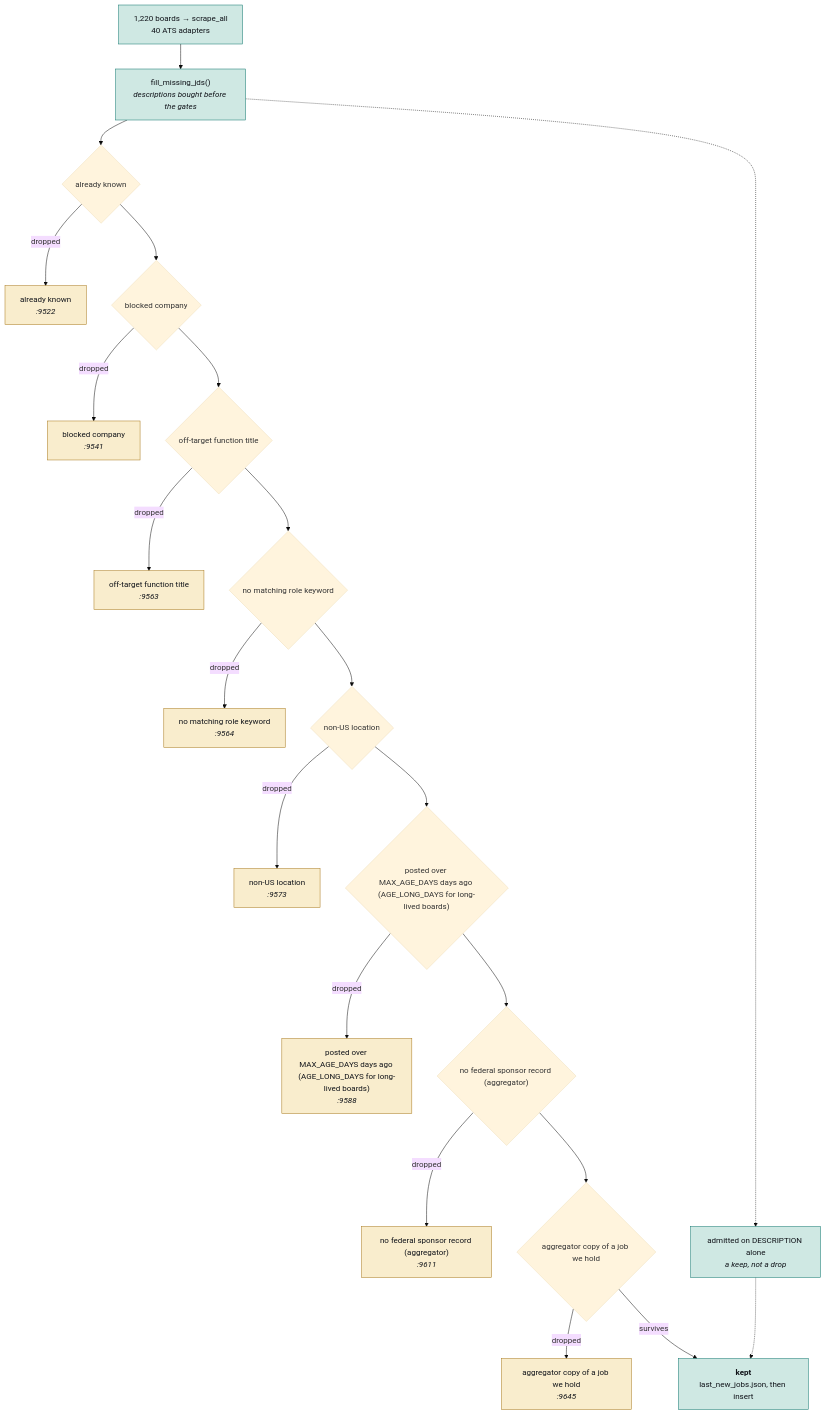
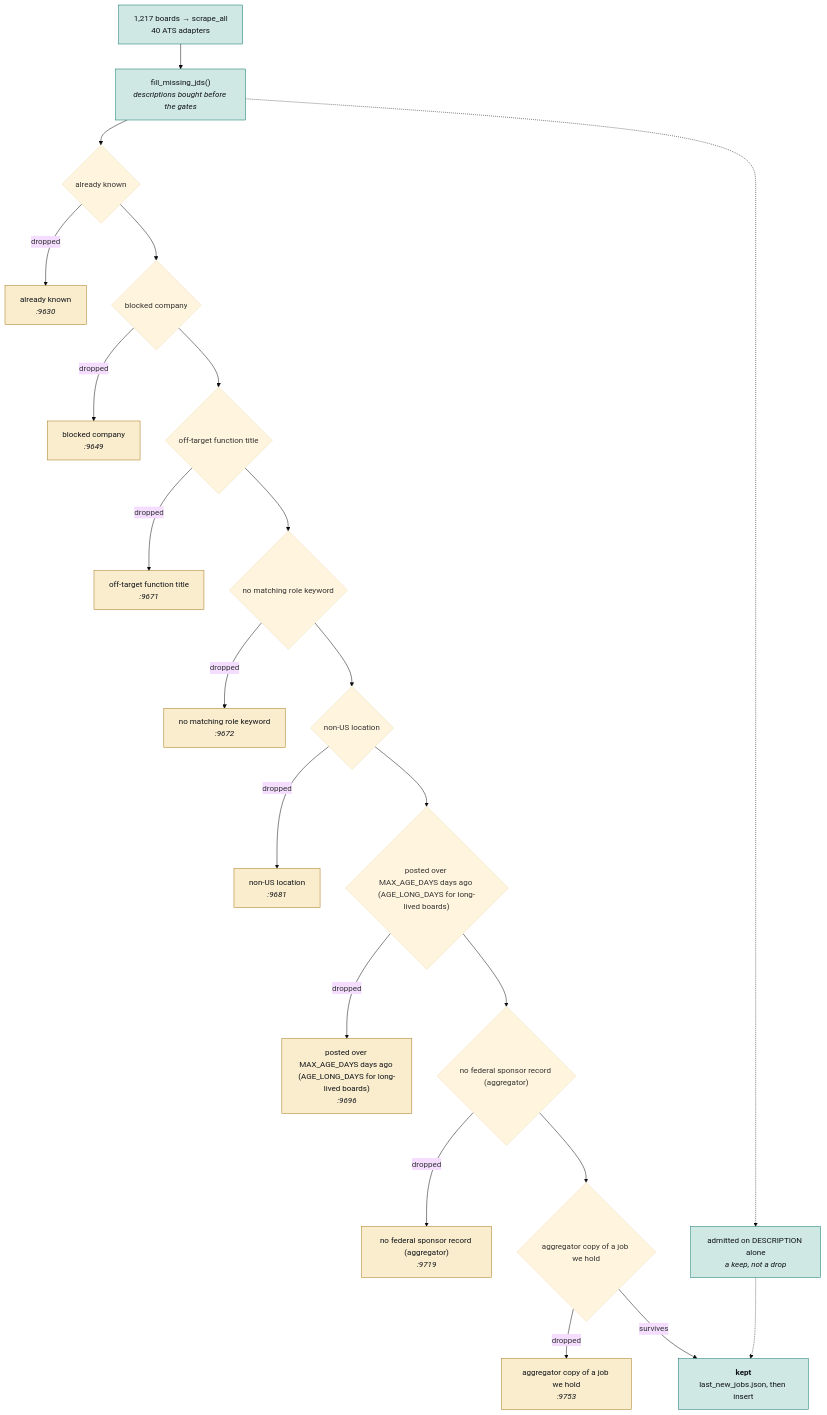
One commit to hadakunal909-debug/job-search-tool changed the second of 4 diagrams in JobMatch Scraper/docs/ARCHITECTURE.md. Above: the diagram before and after it, drawn with Mermaid (base theme). The commit also changed other lines of this file and 8 other files, not shown here.

````diff
--- a/JobMatch Scraper/docs/ARCHITECTURE.md
+++ b/JobMatch Scraper/docs/ARCHITECTURE.md
@@ -106,54 +106,54 @@
 ```mermaid
 flowchart TB
-  SRC["1,220 boards → scrape_all<br/>40 ATS adapters"]
+  SRC["1,217 boards → scrape_all<br/>40 ATS adapters"]
   JD["fill_missing_jds()<br/><i>descriptions bought before the gates</i>"]
   SRC --> JD
   G0{"already known"}
-  D0["already known<br/><i>:9522</i>"]
+  D0["already known<br/><i>:9630</i>"]
   JD --> G0
   G0 -->|dropped| D0
   class D0 trap
   G1{"blocked company"}
-  D1["blocked company<br/><i>:9541</i>"]
+  D1["blocked company<br/><i>:9649</i>"]
   G0 --> G1
   G1 -->|dropped| D1
   class D1 trap
   G2{"off-target function title"}
-  D2["off-target function title<br/><i>:9563</i>"]
+  D2["off-target function title<br/><i>:9671</i>"]
   G1 --> G2
   G2 -->|dropped| D2
   class D2 trap
   G3{"no matching role keyword"}
-  D3["no matching role keyword<br/><i>:9564</i>"]
+  D3["no matching role keyword<br/><i>:9672</i>"]
   G2 --> G3
   G3 -->|dropped| D3
   class D3 trap
   G4{"non-US location"}
-  D4["non-US location<br/><i>:9573</i>"]
+  D4["non-US location<br/><i>:9681</i>"]
   G3 --> G4
   G4 -->|dropped| D4
   class D4 trap
   G5{"posted over MAX_AGE_DAYS days ago (AGE_LONG_DAYS for long-lived boards)"}
-  D5["posted over MAX_AGE_DAYS days ago (AGE_LONG_DAYS for long-lived boards)<br/><i>:9588</i>"]
+  D5["posted over MAX_AGE_DAYS days ago (AGE_LONG_DAYS for long-lived boards)<br/><i>:9696</i>"]
   G4 --> G5
   G5 -->|dropped| D5
   class D5 trap
   G6{"no federal sponsor record (aggregator)"}
-  D6["no federal sponsor record (aggregator)<br/><i>:9611</i>"]
+  D6["no federal sponsor record (aggregator)<br/><i>:9719</i>"]
   G5 --> G6
   G6 -->|dropped| D6
   class D6 trap
   G7{"aggregator copy of a job we hold"}
-  D7["aggregator copy of a job we hold<br/><i>:9645</i>"]
+  D7["aggregator copy of a job we hold<br/><i>:9753</i>"]
   G6 --> G7
   G7 -->|dropped| D7
   class D7 trap
   KEEP["<b>kept</b><br/>last_new_jobs.json, then insert"]
   G7 -->|survives| KEEP
   RESCUE["admitted on DESCRIPTION alone<br/><i>a keep, not a drop</i>"]
   JD -.-> RESCUE
   RESCUE -.-> KEEP
   classDef trap fill:#f9edcd,stroke:#a8781a,color:#101319
   classDef sched fill:#cfe8e3,stroke:#0f766e,color:#101319
   class SRC,JD,KEEP,RESCUE sched
 ```
````
